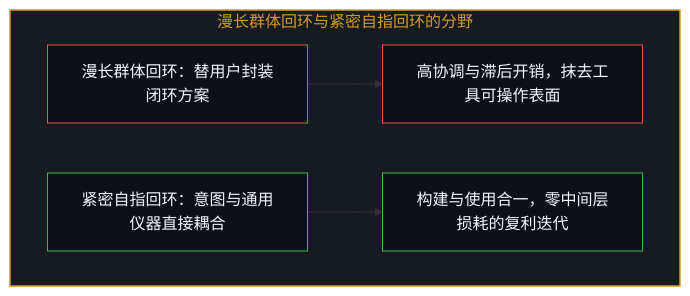
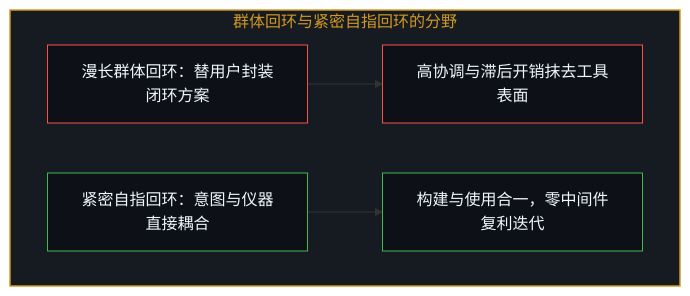
Before and after one commit to powerpig99/not-a-toe: the third of 4 diagrams in content/posts/the-tightening-loop.md, drawn with Mermaid. The commit also changed other lines of this file and 3 other files, not shown here.

````diff
--- a/content/posts/the-tightening-loop.md
+++ b/content/posts/the-tightening-loop.md
@@ -83,12 +83,12 @@
 ```mermaid
 graph TD
-    subgraph S_Loop["漫长群体回环与紧密自指回环的分野"]
-        L1["漫长群体回环：替用户封装闭环方案"] --> L2["高协调与滞后开销，抹去工具可操作表面"]
-        T1["紧密自指回环：意图与通用仪器直接耦合"] --> T2["构建与使用合一，零中间层损耗的复利迭代"]
+    subgraph S_Loop["群体回环与紧密自指回环的分野"]
+        L1["漫长群体回环：替用户封装闭环方案"] --> L2["高协调与滞后开销抹去工具表面"]
+        T1["紧密自指回环：意图与仪器直接耦合"] --> T2["构建与使用合一，零中间件复利迭代"]
     end
     style S_Loop fill:#161b22,stroke:#d29922,stroke-width:1.5px,color:#d29922
     style L1 fill:#0d1117,stroke:#f85149,stroke-width:1px,color:#f0f6fc
     style L2 fill:#0d1117,stroke:#f85149,stroke-width:1px,color:#f0f6fc
     style T1 fill:#0d1117,stroke:#3fb950,stroke-width:1px,color:#f0f6fc
     style T2 fill:#0d1117,stroke:#3fb950,stroke-width:1px,color:#f0f6fc
 ```
````
